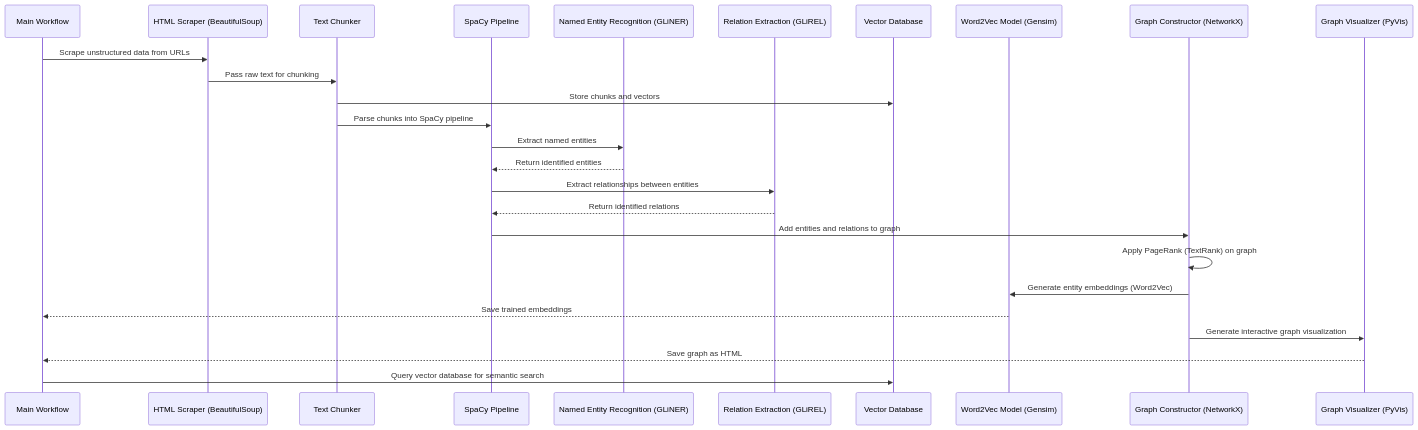
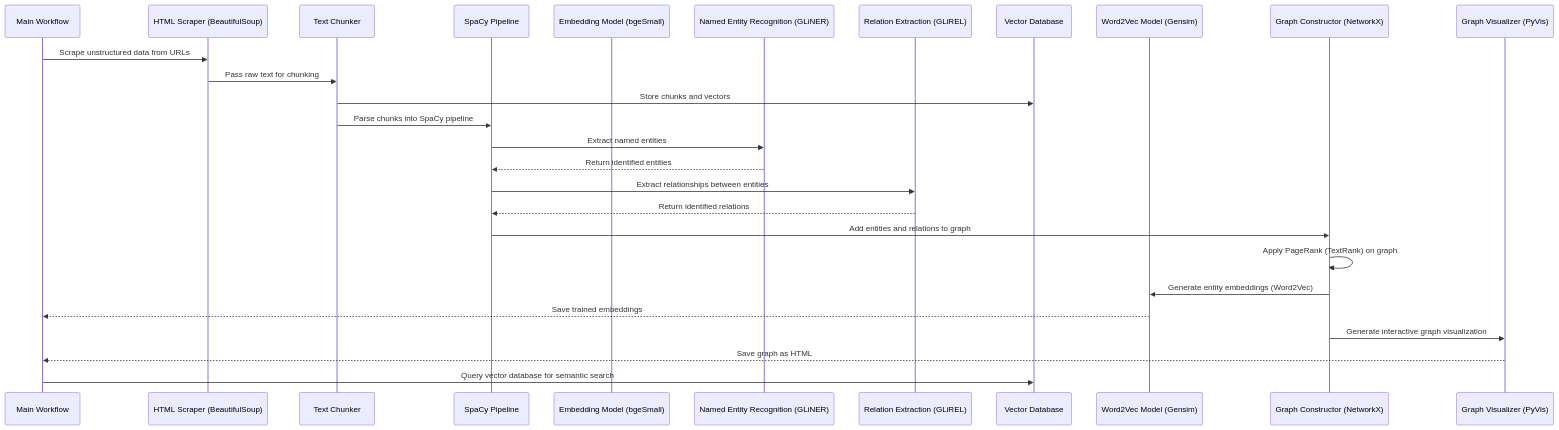
One commit to donbr/strwythura changed the second of 4 diagrams in graphrag_readme.md. Above: the diagram before and after it, drawn with Mermaid. The commit also changed other lines of this file, not shown here.

````diff
--- a/graphrag_readme.md
+++ b/graphrag_readme.md
@@ -99,30 +103,31 @@
 ```mermaid
 sequenceDiagram
     participant Main as Main Workflow
     participant Scraper as HTML Scraper (BeautifulSoup)
     participant Chunker as Text Chunker
     participant Spacy as SpaCy Pipeline
+    participant BGE as Embedding Model (bgeSmall)
     participant GLiNER as Named Entity Recognition (GLiNER)
     participant GLiREL as Relation Extraction (GLiREL)
     participant LanceDB as Vector Database
     participant W2V as Word2Vec Model (Gensim)
     participant NetworkX as Graph Constructor (NetworkX)
     participant PyVis as Graph Visualizer (PyVis)
 
     Main->>Scraper: Scrape unstructured data from URLs
     Scraper->>Chunker: Pass raw text for chunking
     Chunker->>LanceDB: Store chunks and vectors
     Chunker->>Spacy: Parse chunks into SpaCy pipeline
     Spacy->>GLiNER: Extract named entities
     GLiNER-->>Spacy: Return identified entities
     Spacy->>GLiREL: Extract relationships between entities
     GLiREL-->>Spacy: Return identified relations
     Spacy->>NetworkX: Add entities and relations to graph
     NetworkX->>NetworkX: Apply PageRank (TextRank) on graph
     NetworkX->>W2V: Generate entity embeddings (Word2Vec)
     W2V-->>Main: Save trained embeddings
     NetworkX->>PyVis: Generate interactive graph visualization
     PyVis-->>Main: Save graph as HTML
 
     Main->>LanceDB: Query vector database for semantic search
 ```
````
